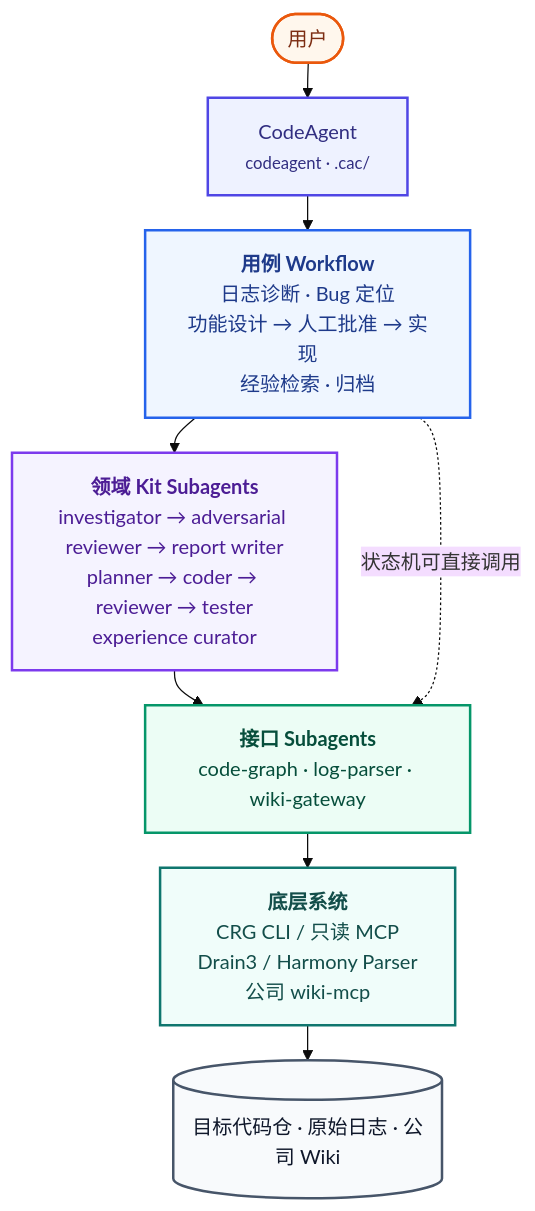
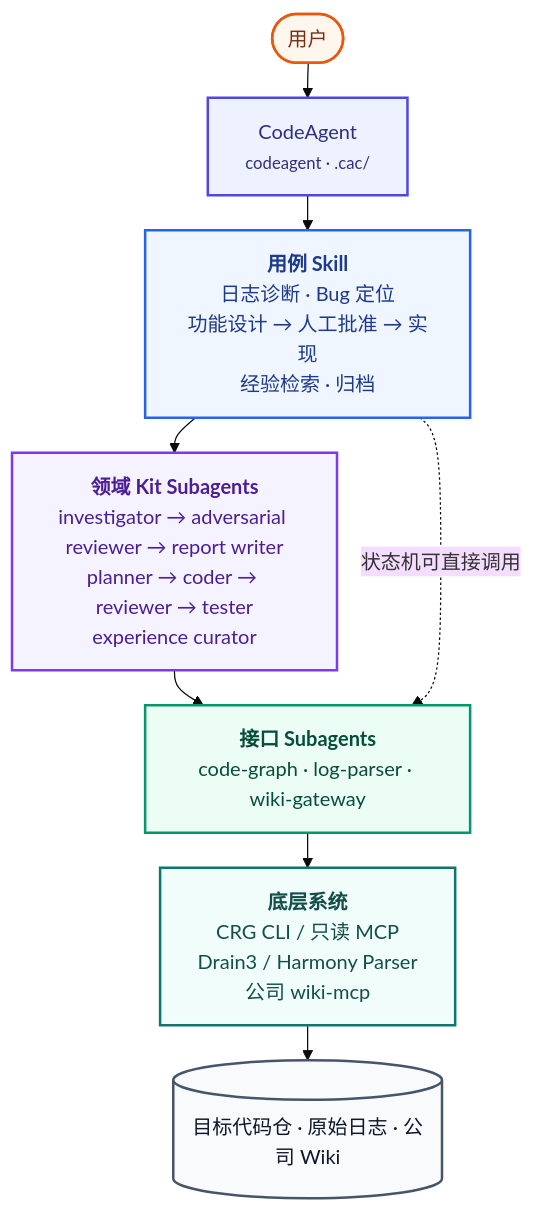
Before and after one commit to astronautJack/HiAgent: the diagram in README.md, drawn with Mermaid. The commit also changed other lines of this file and 34 other files, not shown here.

First line of the commit message:
refactor: workflow 全部改写为 skill（codeagent port）

````diff
--- a/README.md
+++ b/README.md
@@ -13,22 +13,22 @@
 ```mermaid
 %%{init: {"theme":"base","flowchart":{"curve":"basis","nodeSpacing":18,"rankSpacing":28},"themeVariables":{"fontFamily":"Segoe UI, Microsoft YaHei, sans-serif"}}}%%
 flowchart TB
     U([用户]):::human
     C["CodeAgent<br/><small>codeagent · .cac/</small>"]:::runtime
-    W["<b>用例 Workflow</b><br/>日志诊断 · Bug 定位<br/>功能设计 → 人工批准 → 实现<br/>经验检索 · 归档"]:::workflow
+    W["<b>用例 Skill</b><br/>日志诊断 · Bug 定位<br/>功能设计 → 人工批准 → 实现<br/>经验检索 · 归档"]:::skill
     K["<b>领域 Kit Subagents</b><br/>investigator → adversarial reviewer → report writer<br/>planner → coder → reviewer → tester<br/>experience curator"]:::kit
     I["<b>接口 Subagents</b><br/>code-graph · log-parser · wiki-gateway"]:::interface
     S["<b>底层系统</b><br/>CRG CLI / 只读 MCP<br/>Drain3 / Harmony Parser<br/>公司 wiki-mcp"]:::system
     D[(目标代码仓 · 原始日志 · 公司 Wiki)]:::data
 
     U --> C --> W --> K --> I --> S --> D
     W -. 状态机可直接调用 .-> I
 
     classDef human fill:#FFF7ED,stroke:#EA580C,color:#7C2D12,stroke-width:2px;
     classDef runtime fill:#EEF2FF,stroke:#4F46E5,color:#312E81,stroke-width:2px;
-    classDef workflow fill:#EFF6FF,stroke:#2563EB,color:#1E3A8A,stroke-width:2px;
+    classDef skill fill:#EFF6FF,stroke:#2563EB,color:#1E3A8A,stroke-width:2px;
     classDef kit fill:#F5F3FF,stroke:#7C3AED,color:#4C1D95,stroke-width:2px;
     classDef interface fill:#ECFDF5,stroke:#059669,color:#064E3B,stroke-width:2px;
     classDef system fill:#F0FDFA,stroke:#0F766E,color:#134E4A,stroke-width:2px;
     classDef data fill:#F8FAFC,stroke:#475569,color:#0F172A,stroke-width:2px;
 ```
````
